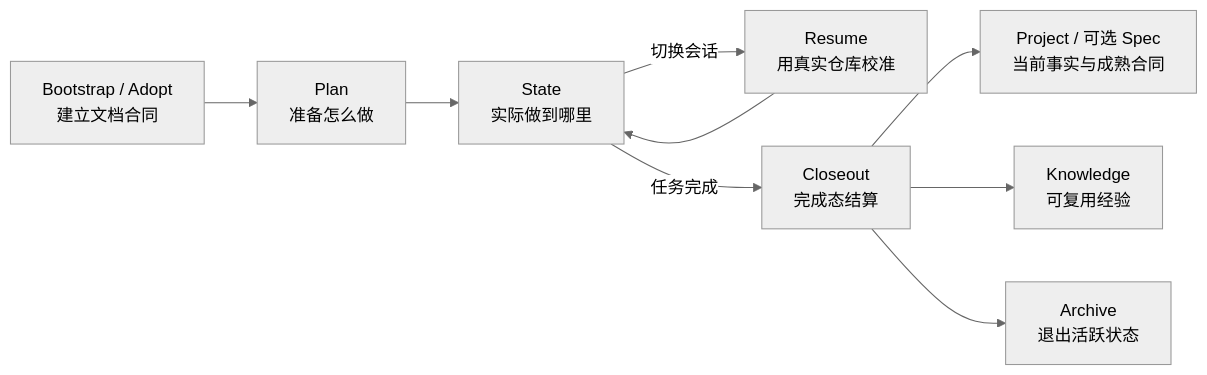
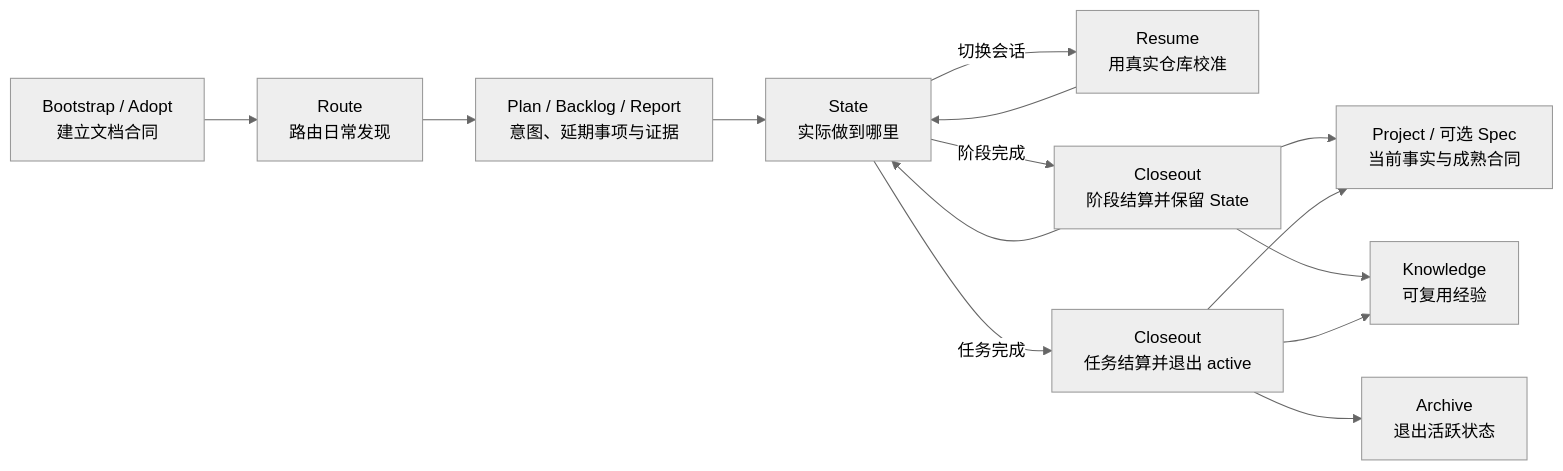
The diagram in README.md (Zhanghuaimin-233/project-memory), drawn with Mermaid (neutral theme) before and after one commit. The commit also changed other lines of this file and 13 other files, not shown here.

````diff
--- a/README.md
+++ b/README.md
@@ -62,11 +70,16 @@
 ```mermaid
 flowchart LR
-    A["Bootstrap / Adopt<br/>建立文档合同"] --> B["Plan<br/>准备怎么做"]
+    A["Bootstrap / Adopt<br/>建立文档合同"] --> R["Route<br/>路由日常发现"]
+    R --> B["Plan / Backlog / Report<br/>意图、延期事项与证据"]
     B --> C["State<br/>实际做到哪里"]
     C -->|切换会话| D["Resume<br/>用真实仓库校准"]
     D --> C
-    C -->|任务完成| E["Closeout<br/>完成态结算"]
+    C -->|阶段完成| E["Closeout<br/>阶段结算并保留 State"]
+    C -->|任务完成| T["Closeout<br/>任务结算并退出 active"]
     E --> F["Project / 可选 Spec<br/>当前事实与成熟合同"]
     E --> G["Knowledge<br/>可复用经验"]
-    E --> H["Archive<br/>退出活跃状态"]
+    E --> C
+    T --> F
+    T --> G
+    T --> H["Archive<br/>退出活跃状态"]
 ```
````
